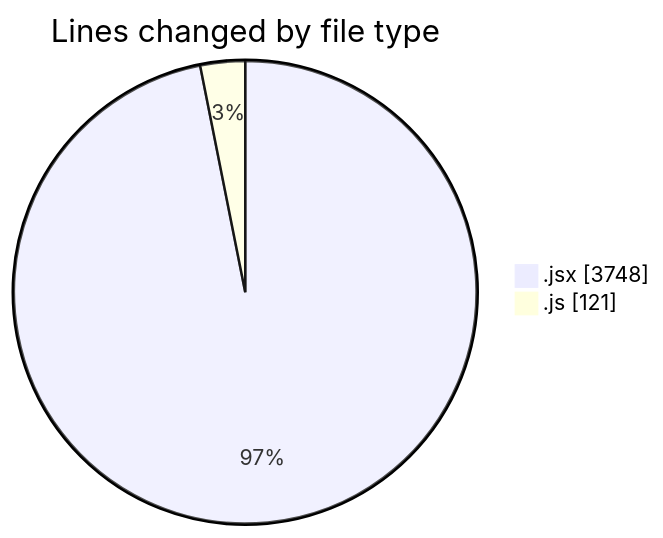
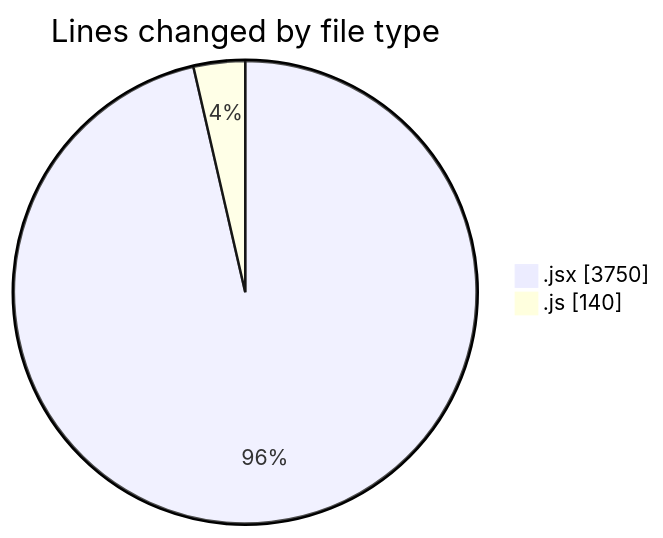
Before and after one commit to nxtqubesakshisongat/code-tracking: the first of 2 diagrams in 2025-08-01/nxtqube_webapp/README.md, drawn with Mermaid. The commit also changed other lines of this file and 1 other file, not shown here.

````diff
--- a/2025-08-01/nxtqube_webapp/README.md
+++ b/2025-08-01/nxtqube_webapp/README.md
@@ -30,6 +30,6 @@
 ```mermaid
 pie showData
 title Lines changed by file type
-".jsx" : 3748
-".js" : 121
+".jsx" : 3750
+".js" : 140
 ```
````
